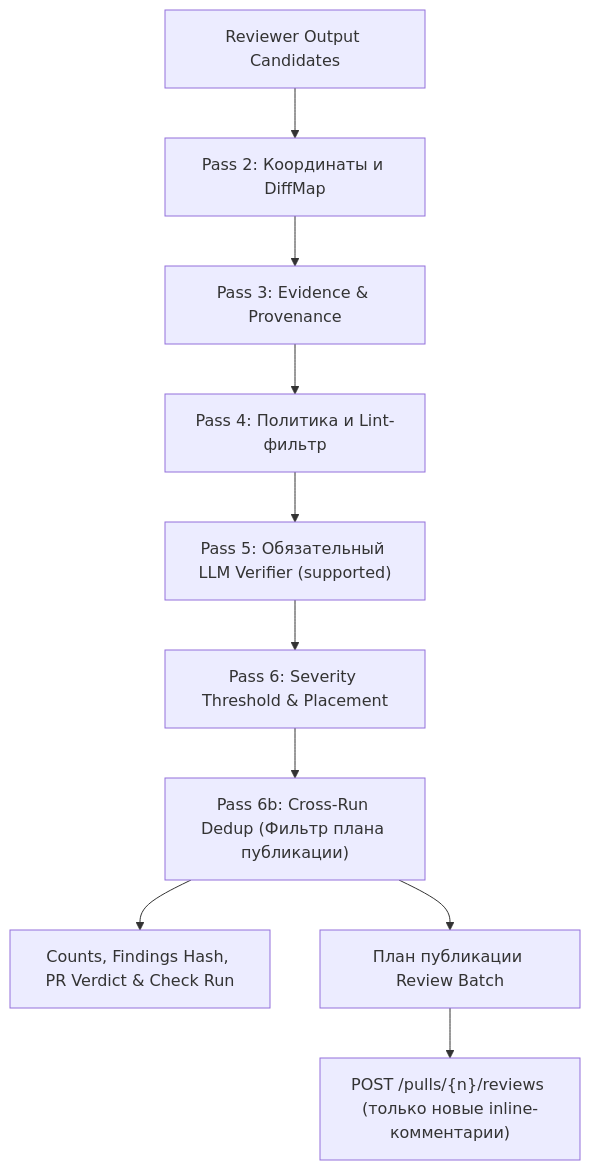
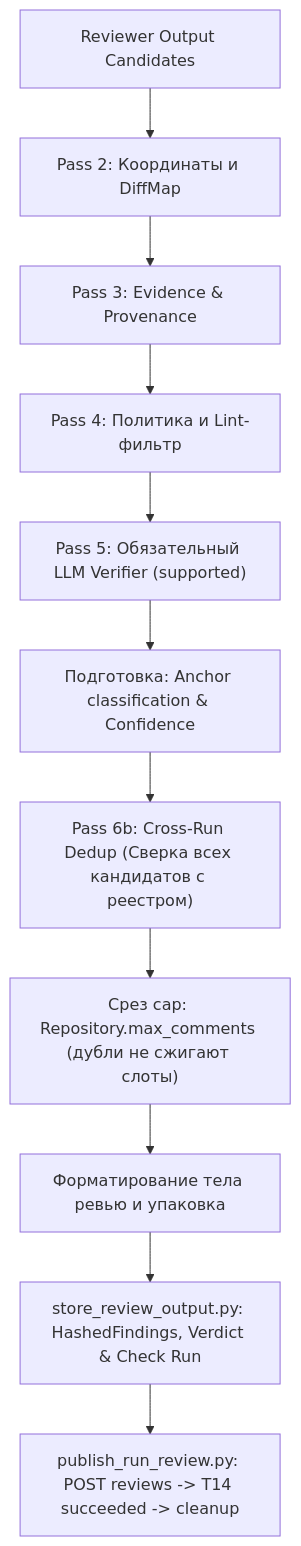
One commit to larchanka-training/dmc-268-api-t6 changed the diagram in docs/INCREMENTAL_REVIEW_AND_LIMITS_SPEC.md. Above: the diagram before and after it, drawn with Mermaid. The commit also changed other lines of this file and 2 other files, not shown here.

Commit message:
docs(reviews): address round 3 review on findings identity and thread cleanup (#306)

````diff
--- a/docs/INCREMENTAL_REVIEW_AND_LIMITS_SPEC.md
+++ b/docs/INCREMENTAL_REVIEW_AND_LIMITS_SPEC.md
@@ -283,12 +304,13 @@
 ```mermaid
 flowchart TD
     ReviewerOutput["Reviewer Output Candidates"] --> Pass2["Pass 2: Координаты и DiffMap"]
     Pass2 --> Pass3["Pass 3: Evidence & Provenance"]
     Pass3 --> Pass4["Pass 4: Политика и Lint-фильтр"]
     Pass4 --> Pass5["Pass 5: Обязательный LLM Verifier (supported)"]
-    Pass5 --> Pass6["Pass 6: Severity Threshold & Placement"]
-    Pass6 --> Pass6b["Pass 6b: Cross-Run Dedup (Фильтр плана публикации)"]
-    Pass6b --> FinalVerdict["Counts, Findings Hash, PR Verdict & Check Run"]
-    Pass6b --> PubPlan["План публикации Review Batch"]
-    PubPlan --> PostReviews["POST /pulls/{n}/reviews (только новые inline-комментарии)"]
+    Pass5 --> PrepCandidates["Подготовка: Anchor classification & Confidence"]
+    PrepCandidates --> Pass6b["Pass 6b: Cross-Run Dedup (Сверка всех кандидатов с реестром)"]
+    Pass6b --> CapSlice["Срез cap: Repository.max_comments (дубли не сжигают слоты)"]
+    CapSlice --> BodyPack["Форматирование тела ревью и упаковка"]
+    BodyPack --> StoreOutput["store_review_output.py: HashedFindings, Verdict & Check Run"]
+    StoreOutput --> PubRun["publish_run_review.py: POST reviews -> T14 succeeded -> cleanup"]
 ```
````
